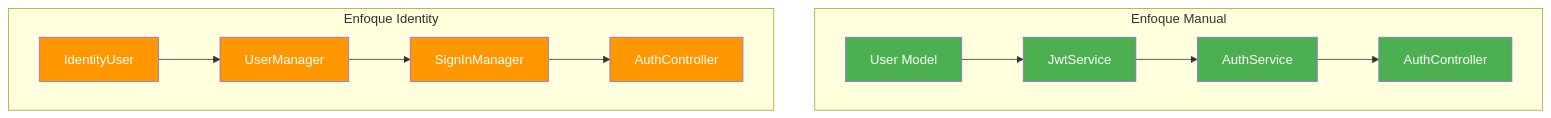
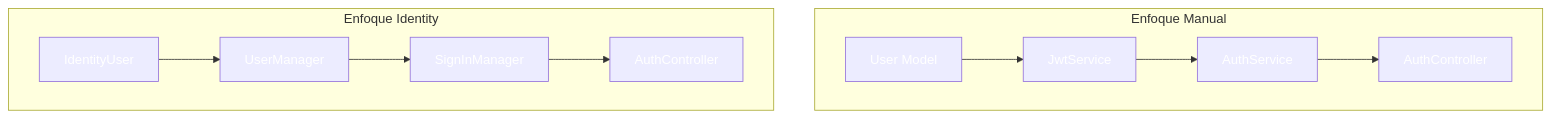
One commit to joseluisgs/DesarrolloWebEntornosServidor-02-2026-2027 changed diagram 12 of 15 in 16-autenticacion.md. Above: the diagram before and after it, drawn with Mermaid. The commit also changed other lines of this file and 41 other files, not shown here.

````diff
--- a/16-autenticacion.md
+++ b/16-autenticacion.md
@@ -1098,23 +1098,23 @@
 ```mermaid
 flowchart TD
     subgraph Enfoque Manual
         M1[User Model] --> M2[JwtService]
         M2 --> M3[AuthService]
         M3 --> M4[AuthController]
     end
 
     subgraph Enfoque Identity
         I1[IdentityUser] --> I2[UserManager]
         I2 --> I3[SignInManager]
         I3 --> I4[AuthController]
     end
 
-    style M1 fill:#4CAF50,color:#fff
-    style M2 fill:#4CAF50,color:#fff
-    style M3 fill:#4CAF50,color:#fff
-    style M4 fill:#4CAF50,color:#fff
-    style I1 fill:#FF9800,color:#fff
-    style I2 fill:#FF9800,color:#fff
-    style I3 fill:#FF9800,color:#fff
-    style I4 fill:#FF9800,color:#fff
+    style M1 fill:#4CAF5,color:#fff0,color:#fff
+    style M2 fill:#4CAF5,color:#fff0,color:#fff
+    style M3 fill:#4CAF5,color:#fff0,color:#fff
+    style M4 fill:#4CAF5,color:#fff0,color:#fff
+    style I1 fill:#FF980,color:#fff0,color:#fff
+    style I2 fill:#FF980,color:#fff0,color:#fff
+    style I3 fill:#FF980,color:#fff0,color:#fff
+    style I4 fill:#FF980,color:#fff0,color:#fff
 ```
````
